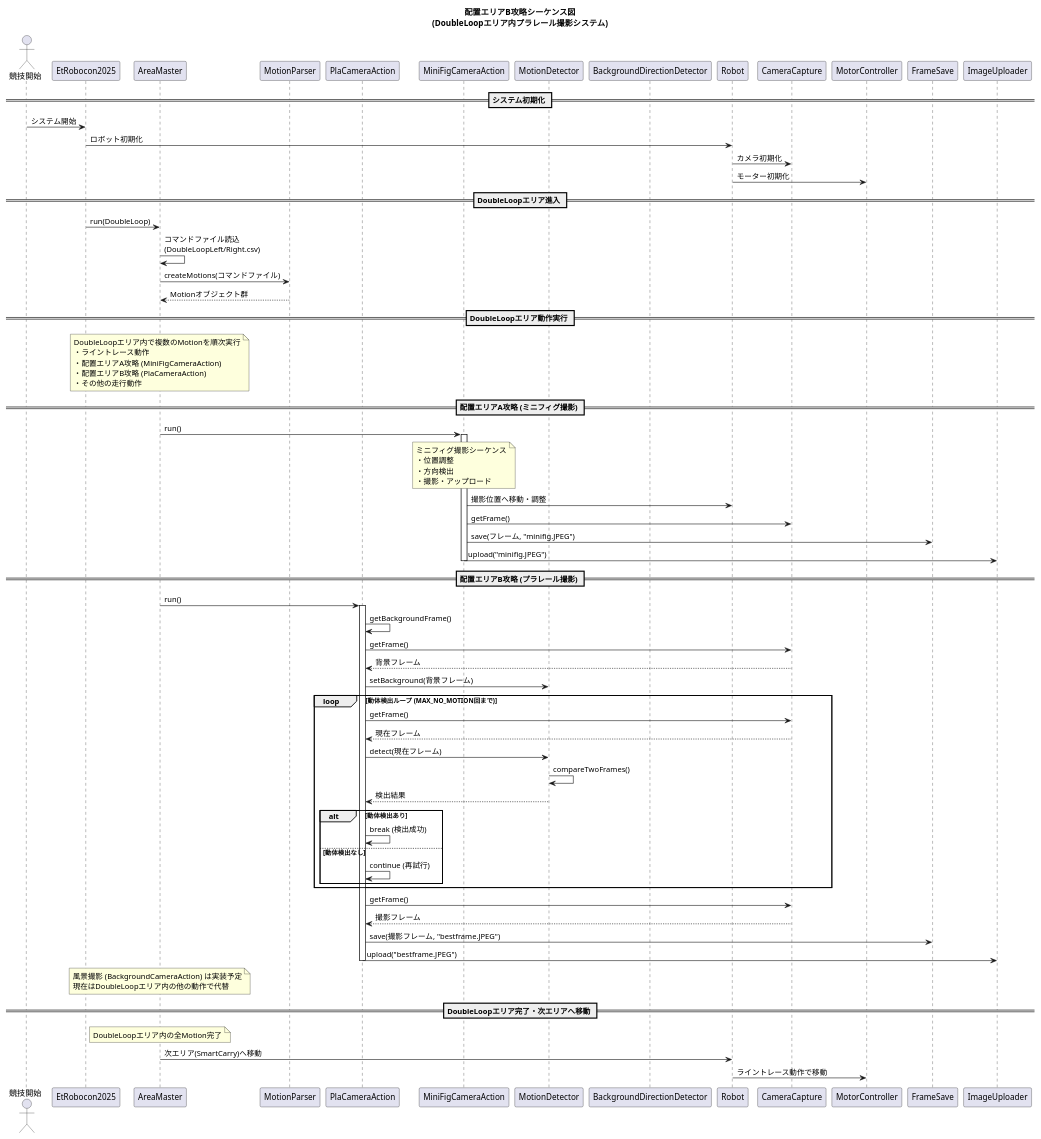
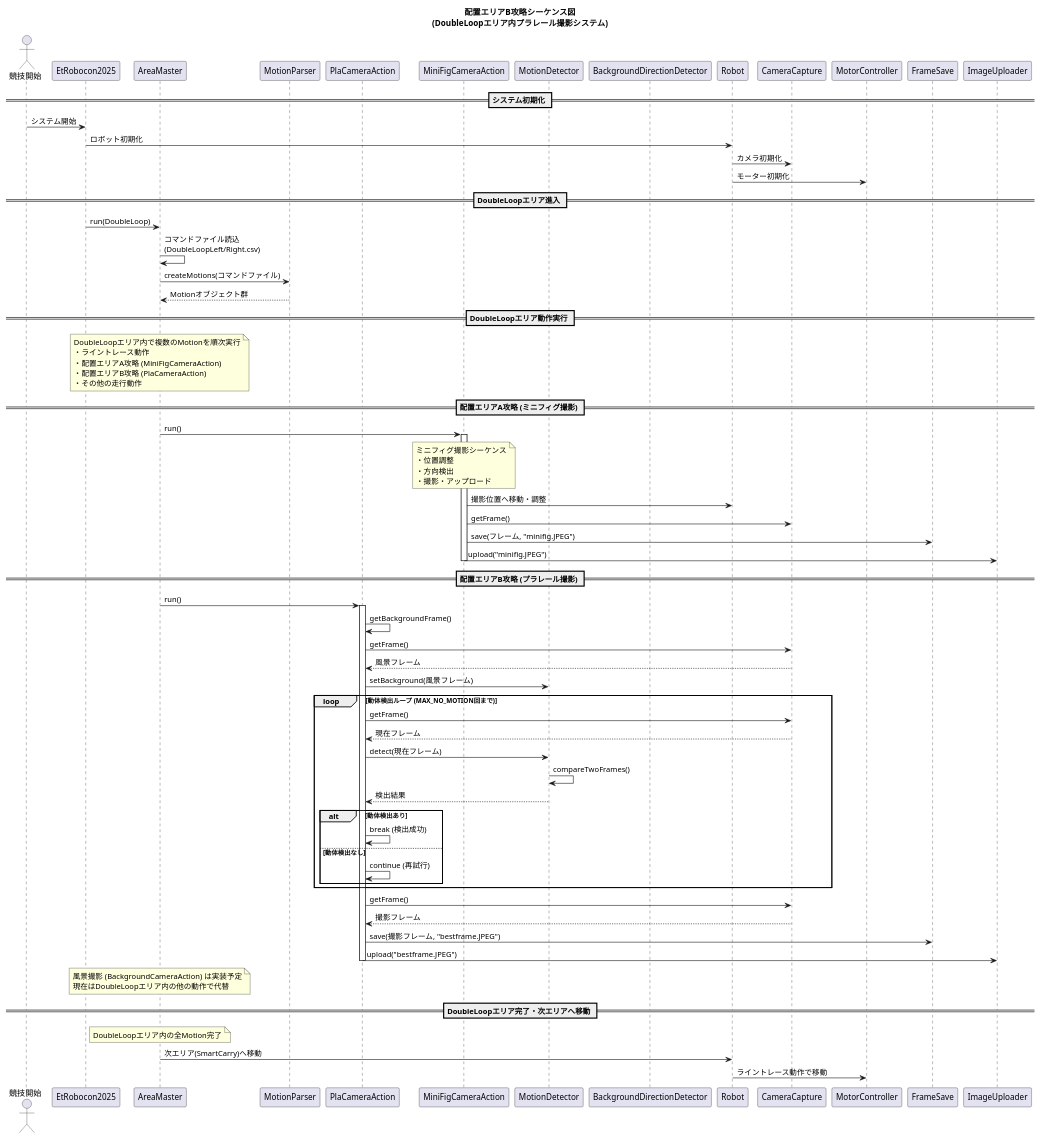
The diagram in placement_area_b_sequence.puml (KatLab-MiyazakiUniv/etrobocon2025), drawn with PlantUML before and after one commit. The commit also changed 4 other files, not shown here.

```diff
--- a/placement_area_b_sequence.puml
+++ b/placement_area_b_sequence.puml
@@ -1,80 +1,80 @@
 @startuml 配置エリアB攻略シーケンス図
 
 title 配置エリアB攻略シーケンス図\n(DoubleLoopエリア内プラレール撮影システム)
 
 actor "競技開始" as Start
 participant "EtRobocon2025" as Main
 participant "AreaMaster" as AM
 participant "MotionParser" as MP
 participant "PlaCameraAction" as PCA
 participant "MiniFigCameraAction" as MCA
 participant "MotionDetector" as MD
 participant "BackgroundDirectionDetector" as BDD
 participant "Robot" as Robot
 participant "CameraCapture" as Camera
 participant "MotorController" as Motor
 participant "FrameSave" as FS
 participant "ImageUploader" as IU
 
 == システム初期化 ==
 Start -> Main: システム開始
 Main -> Robot: ロボット初期化
 Robot -> Camera: カメラ初期化
 Robot -> Motor: モーター初期化
 
 == DoubleLoopエリア進入 ==
 Main -> AM: run(DoubleLoop)
 AM -> AM: コマンドファイル読込\n(DoubleLoopLeft/Right.csv)
 AM -> MP: createMotions(コマンドファイル)
 MP --> AM: Motionオブジェクト群
 
 == DoubleLoopエリア動作実行 ==
 note over AM: DoubleLoopエリア内で複数のMotionを順次実行\n・ライントレース動作\n・配置エリアA攻略 (MiniFigCameraAction)\n・配置エリアB攻略 (PlaCameraAction)\n・その他の走行動作
 
 == 配置エリアA攻略 (ミニフィグ撮影) ==
 AM -> MCA: run()
 activate MCA
 note over MCA: ミニフィグ撮影シーケンス\n・位置調整\n・方向検出\n・撮影・アップロード
 MCA -> Robot: 撮影位置へ移動・調整
 MCA -> Camera: getFrame()
 MCA -> FS: save(フレーム, "minifig.JPEG")
 MCA -> IU: upload("minifig.JPEG")
 deactivate MCA
 
 == 配置エリアB攻略 (プラレール撮影) ==
 AM -> PCA: run()
 activate PCA
 
 PCA -> PCA: getBackgroundFrame()
 PCA -> Camera: getFrame()
-Camera --> PCA: 背景フレーム
-PCA -> MD: setBackground(背景フレーム)
+Camera --> PCA: 風景フレーム
+PCA -> MD: setBackground(風景フレーム)
 
 loop 動体検出ループ (MAX_NO_MOTION回まで)
     PCA -> Camera: getFrame()
     Camera --> PCA: 現在フレーム
     PCA -> MD: detect(現在フレーム)
     MD -> MD: compareTwoFrames()
     MD --> PCA: 検出結果
     
     alt 動体検出あり
         PCA -> PCA: break (検出成功)
     else 動体検出なし
         PCA -> PCA: continue (再試行)
     end
 end
 
 PCA -> Camera: getFrame()
 Camera --> PCA: 撮影フレーム
 PCA -> FS: save(撮影フレーム, "bestframe.JPEG")
 PCA -> IU: upload("bestframe.JPEG")
 deactivate PCA
 
 note over AM: 風景撮影 (BackgroundCameraAction) は実装予定\n現在はDoubleLoopエリア内の他の動作で代替
 
 == DoubleLoopエリア完了・次エリアへ移動 ==
 note over AM: DoubleLoopエリア内の全Motion完了
 AM -> Robot: 次エリア(SmartCarry)へ移動
 Robot -> Motor: ライントレース動作で移動
 
 @enduml
```
